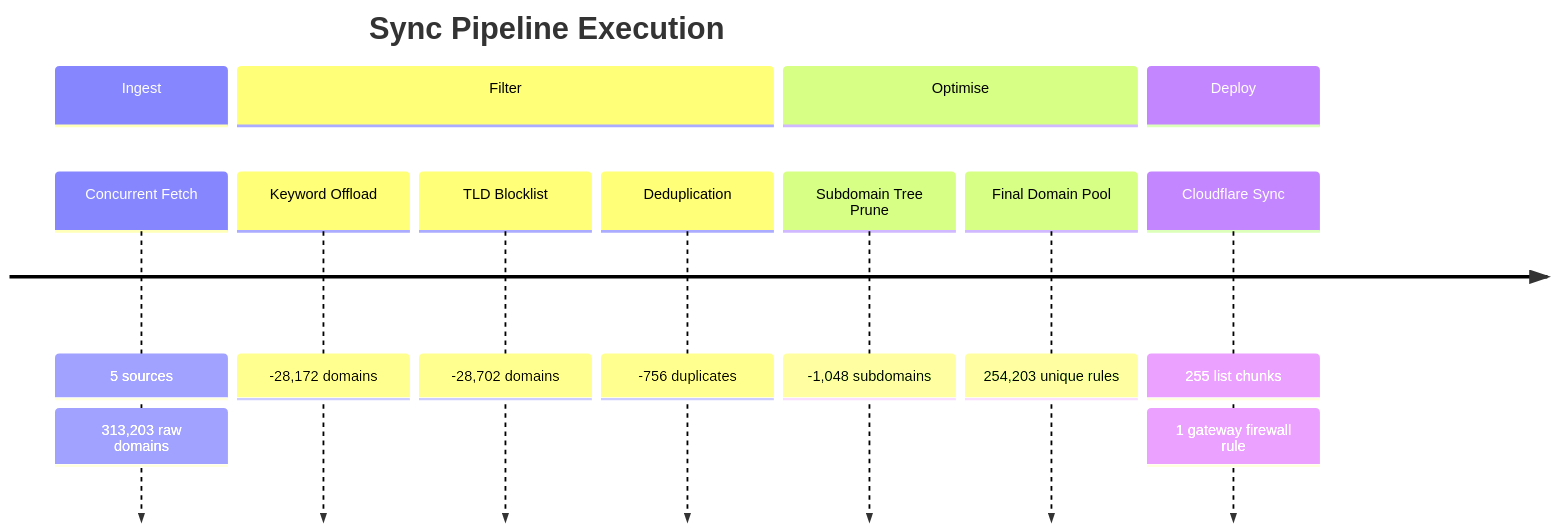
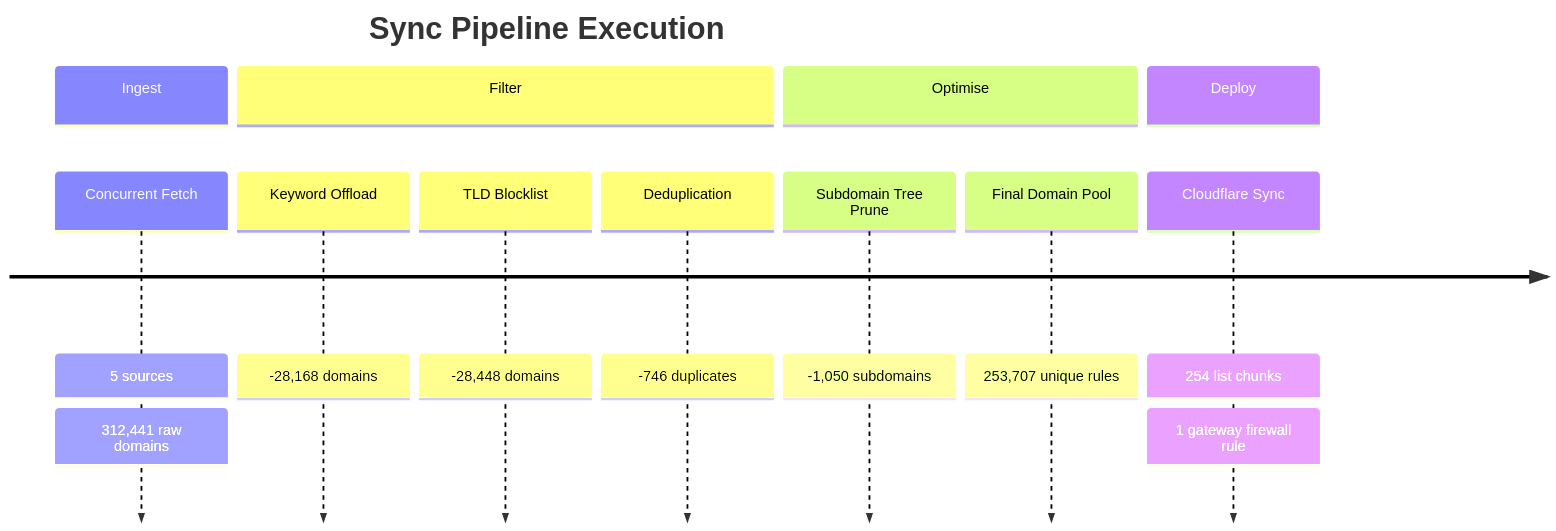
The second of 6 diagrams in README_STATS.md (brojangles24/Cloudflare-ZeroTrust-AdBlock), drawn with Mermaid before and after one commit. The commit also changed other lines of this file and 1 other file, not shown here.

````diff
--- a/README_STATS.md
+++ b/README_STATS.md
@@ -54,17 +54,17 @@
 ```mermaid
 timeline
     title Sync Pipeline Execution
     section Ingest
         Concurrent Fetch   : 5 sources
-                           : 313,203 raw domains
+                           : 312,441 raw domains
     section Filter
-        Keyword Offload    : -28,172 domains
-        TLD Blocklist      : -28,702 domains
-        Deduplication      : -756 duplicates
+        Keyword Offload    : -28,168 domains
+        TLD Blocklist      : -28,448 domains
+        Deduplication      : -746 duplicates
     section Optimise
-        Subdomain Tree Prune : -1,048 subdomains
-        Final Domain Pool    : 254,203 unique rules
+        Subdomain Tree Prune : -1,050 subdomains
+        Final Domain Pool    : 253,707 unique rules
     section Deploy
-        Cloudflare Sync    : 255 list chunks
+        Cloudflare Sync    : 254 list chunks
                            : 1 gateway firewall rule
 ```
````
